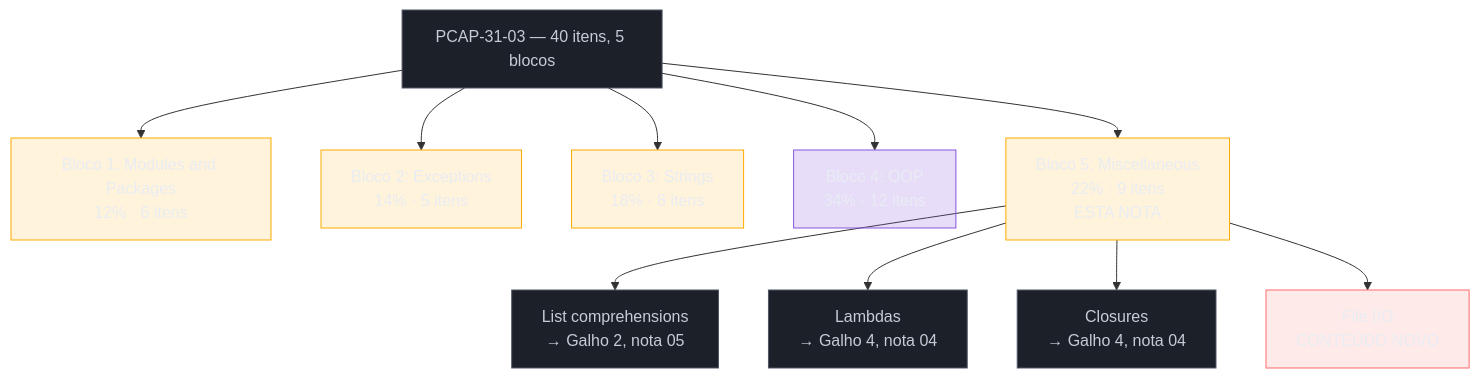
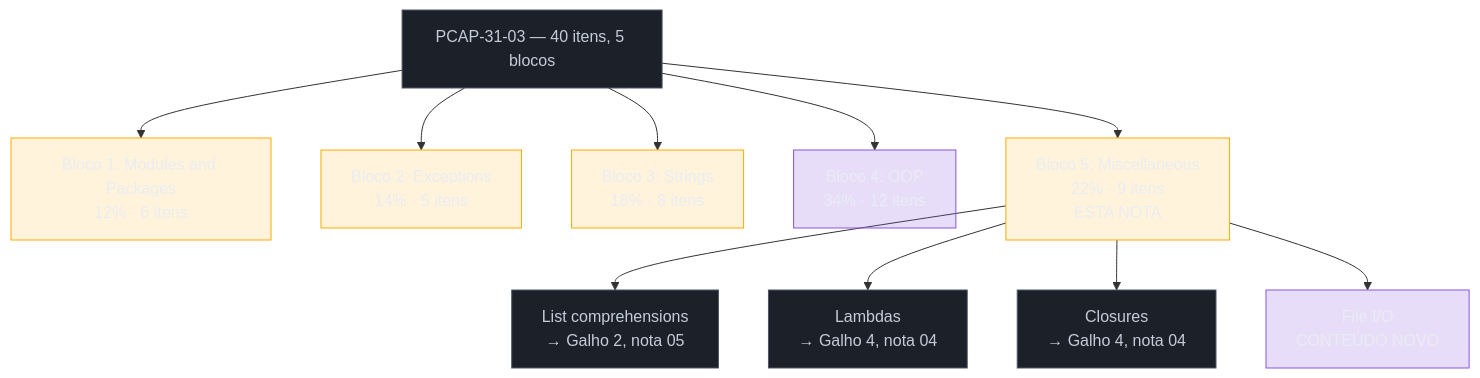
The first of 3 diagrams in 03-Dominios/Tecnologia/Python/Certificação (PCEP-PCAP)/05 - PCAP — miscellaneous, comprehensions, lambdas, closures e arquivos.md (josenaldo/codex-technomanticus), drawn with Mermaid before and after one commit. The commit also changed other lines of this file and 601 other files, not shown here.

````diff
--- a/03-Dominios/Tecnologia/Python/Certificação (PCEP-PCAP)/05 - PCAP — miscellaneous, comprehensions, lambdas, closures e arquivos.md
+++ b/03-Dominios/Tecnologia/Python/Certificação (PCEP-PCAP)/05 - PCAP — miscellaneous, comprehensions, lambdas, closures e arquivos.md
@@ -28,28 +28,27 @@
 ```mermaid
 flowchart TB
     classDef neutro fill:#1B2029,stroke:#4E5666,color:#C6CCD8
     classDef destaque fill:#FFAA0024,stroke:#FFAA00,color:#E9ECF2
     classDef marca fill:#8855DF33,stroke:#8855DF,color:#E9ECF2
-    classDef falha fill:#FF6B6B24,stroke:#FF6B6B,color:#E9ECF2
     PCAP["PCAP-31-03 — 40 itens, 5 blocos"] --> B1["Bloco 1: Modules and Packages<br/>12% · 6 itens"]
     PCAP --> B2["Bloco 2: Exceptions<br/>14% · 5 itens"]
     PCAP --> B3["Bloco 3: Strings<br/>18% · 8 itens"]
     PCAP --> B4["Bloco 4: OOP<br/>34% · 12 itens"]
     PCAP --> B5["Bloco 5: Miscellaneous<br/>22% · 9 itens<br/>ESTA NOTA"]
 
     B5 --> S1["List comprehensions<br/>→ Galho 2, nota 05"]
     B5 --> S2["Lambdas<br/>→ Galho 4, nota 04"]
     B5 --> S3["Closures<br/>→ Galho 4, nota 04"]
     B5 --> S4["File I/O<br/>CONTEÚDO NOVO"]
 
     class PCAP neutro
     class B5 destaque
     class B1 destaque
     class B2 destaque
     class B3 destaque
     class B4 marca
     class S1 neutro
     class S2 neutro
     class S3 neutro
-    class S4 falha
+    class S4 marca
 ```
````
